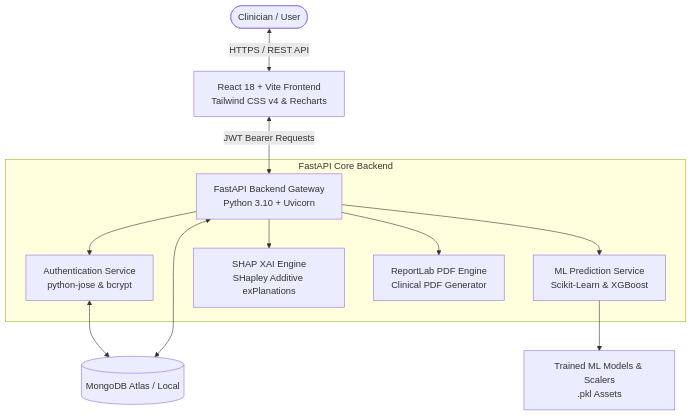
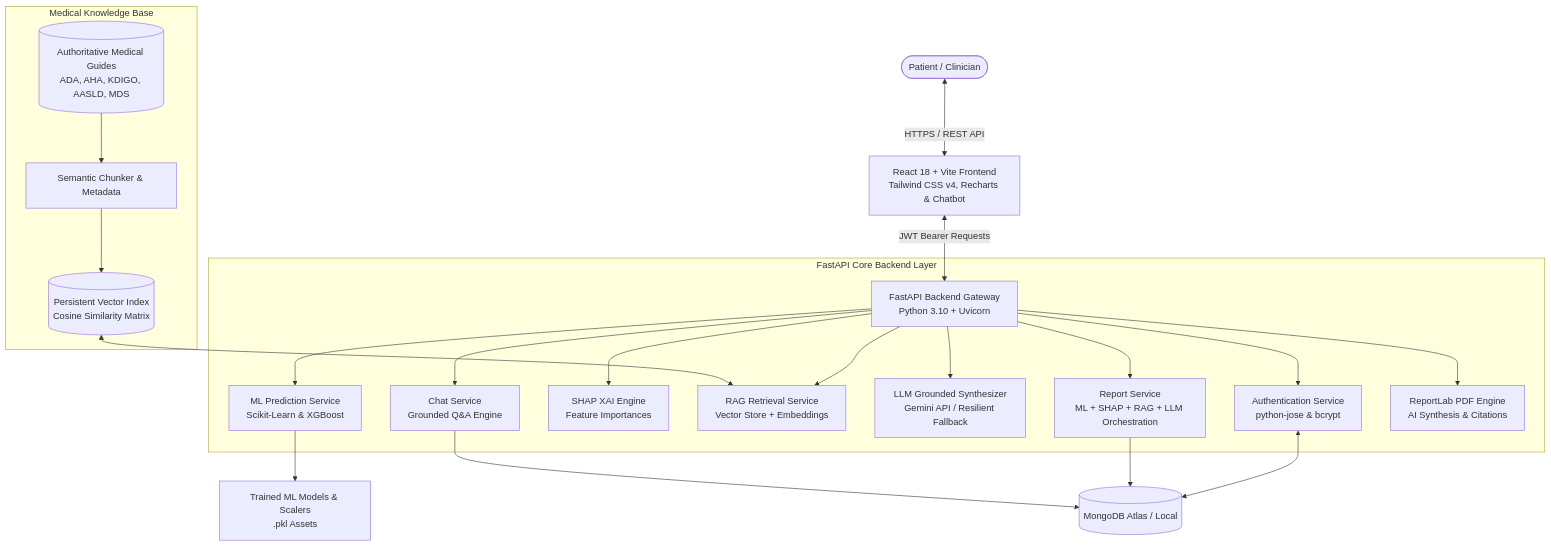
Before and after one commit to iotalord21/MediVision-AI: the first of 5 diagrams in docs/ARCHITECTURE.md, drawn with Mermaid. The commit also changed other lines of this file and 3 other files, not shown here.

Commit message:
docs: update API, architecture, and README documentation for Grounded RAG + LLM upgrade

````diff
--- a/docs/ARCHITECTURE.md
+++ b/docs/ARCHITECTURE.md
@@ -9,16 +9,27 @@
 ```mermaid
 graph TD
-    User([Clinician / User]) <-->|HTTPS / REST API| Frontend[React 18 + Vite Frontend\nTailwind CSS v4 & Recharts]
+    User([Patient / Clinician]) <-->|HTTPS / REST API| Frontend[React 18 + Vite Frontend\nTailwind CSS v4, Recharts & Chatbot]
     Frontend <-->|JWT Bearer Requests| Gateway[FastAPI Backend Gateway\nPython 3.10 + Uvicorn]
     
-    subgraph FastAPI Core Backend
+    subgraph FastAPI Core Backend Layer
         Gateway --> AuthSvc[Authentication Service\npython-jose & bcrypt]
         Gateway --> PredSvc[ML Prediction Service\nScikit-Learn & XGBoost]
-        Gateway --> SHAPSvc[SHAP XAI Engine\nSHapley Additive exPlanations]
-        Gateway --> PDFSvc[ReportLab PDF Engine\nClinical PDF Generator]
+        Gateway --> SHAPSvc[SHAP XAI Engine\nFeature Importances]
+        Gateway --> RAGSvc[RAG Retrieval Service\nVector Store + Embeddings]
+        Gateway --> LLMSvc[LLM Grounded Synthesizer\nGemini API / Resilient Fallback]
+        Gateway --> ReportSvc[Report Service\nML + SHAP + RAG + LLM Orchestration]
+        Gateway --> ChatSvc[Chat Service\nGrounded Q&A Engine]
+        Gateway --> PDFSvc[ReportLab PDF Engine\nAI Synthesis & Citations]
+    end
+
+    subgraph Medical Knowledge Base
+        KB[(Authoritative Medical Guides\nADA, AHA, KDIGO, AASLD, MDS)] --> Chunker[Semantic Chunker & Metadata]
+        Chunker --> DenseIndex[(Persistent Vector Index\nCosine Similarity Matrix)]
+        DenseIndex <--> RAGSvc
     end
 
     AuthSvc <--> Mongo[(MongoDB Atlas / Local)]
     PredSvc --> SavedModels[Trained ML Models & Scalers\n.pkl Assets]
-    Gateway <--> Mongo
+    ReportSvc --> Mongo
+    ChatSvc --> Mongo
 ```
````
